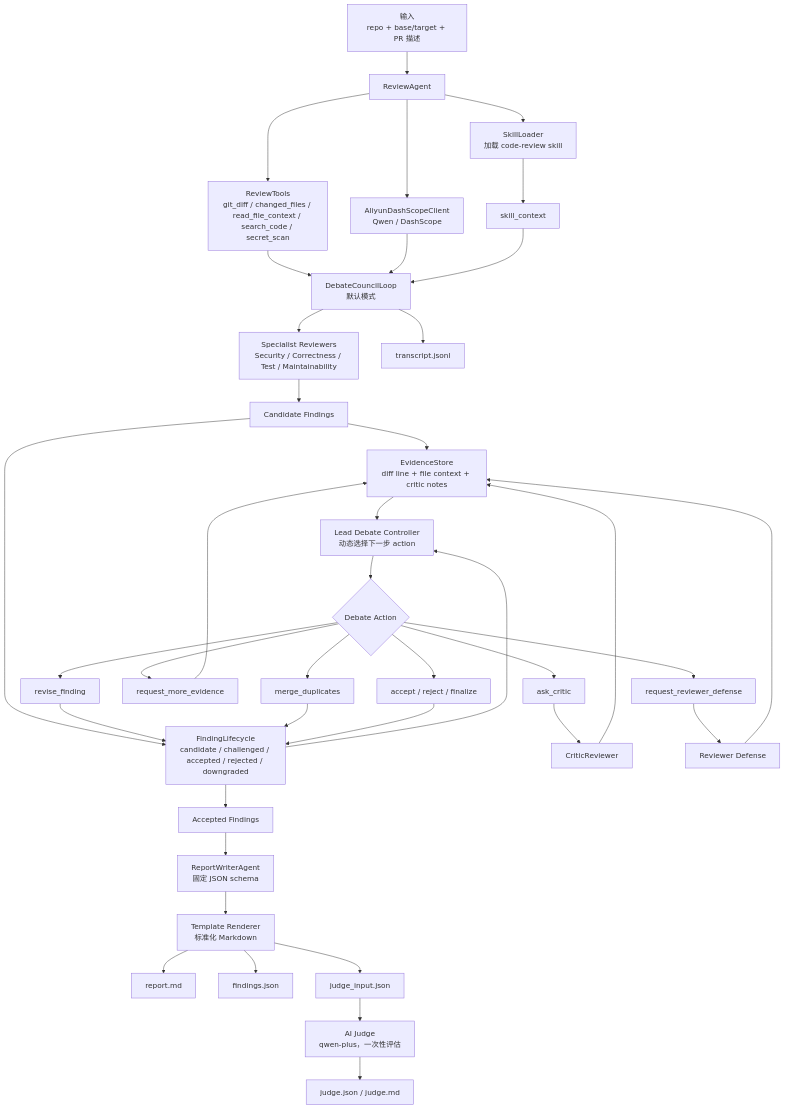
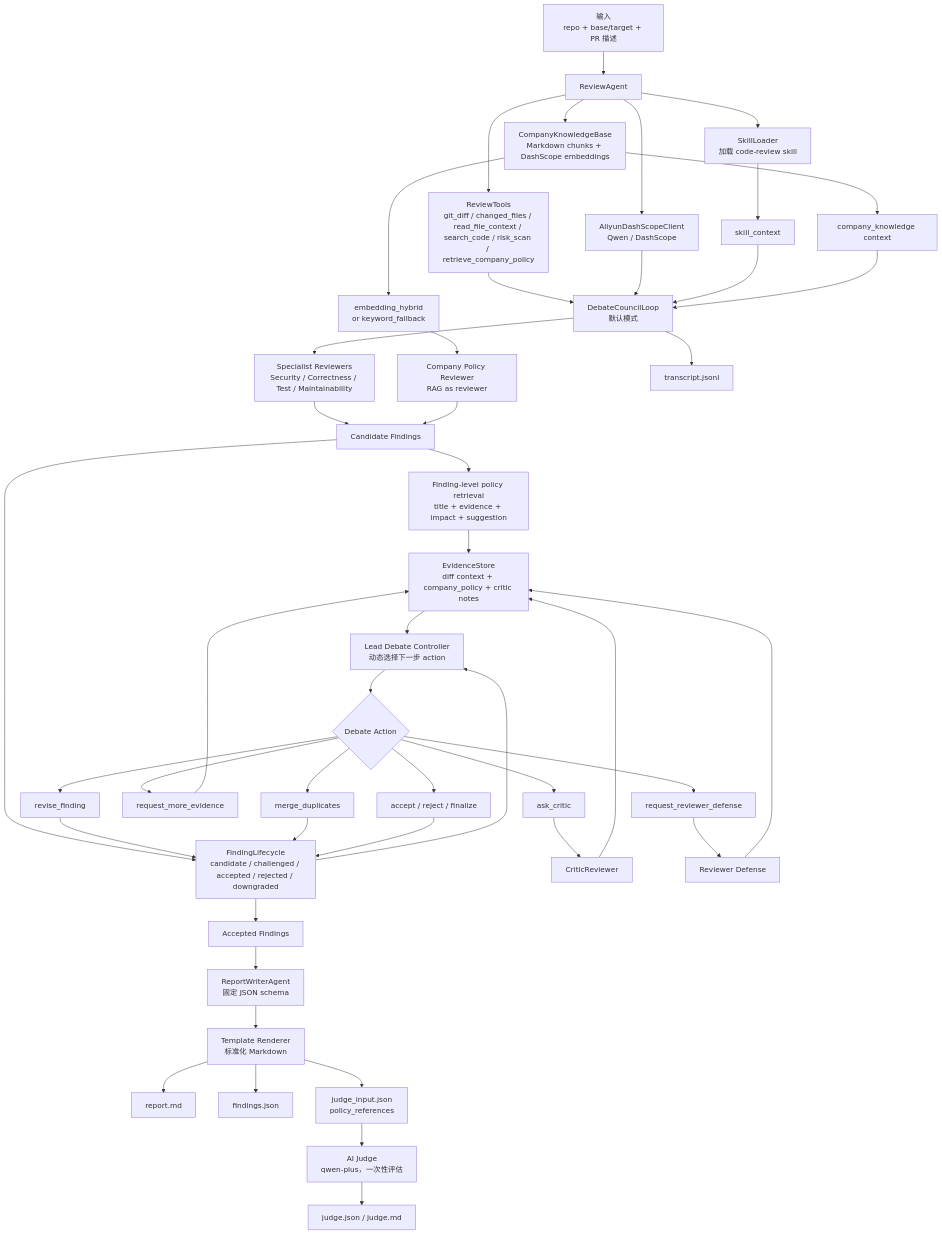
One commit to csy-csy123/pr-review-agent-council changed the second of 3 diagrams in README.md. Above: the diagram before and after it, drawn with Mermaid. The commit also changed other lines of this file and 13 other files, not shown here.

Commit message:
Add company knowledge RAG reviewer

````diff
--- a/README.md
+++ b/README.md
@@ -67,48 +74,55 @@
 ```mermaid
 flowchart TD
     A["输入<br/>repo + base/target + PR 描述"] --> B["ReviewAgent"]
     B --> C["SkillLoader<br/>加载 code-review skill"]
-    B --> D["ReviewTools<br/>git_diff / changed_files / read_file_context / search_code / secret_scan"]
+    B --> D["ReviewTools<br/>git_diff / changed_files / read_file_context / search_code / risk_scan / retrieve_company_policy"]
+    B --> D2["CompanyKnowledgeBase<br/>Markdown chunks + DashScope embeddings"]
     B --> E["AliyunDashScopeClient<br/>Qwen / DashScope"]
 
     C --> F["skill_context"]
+    D2 --> F2["company_knowledge context"]
+    D2 --> F3["embedding_hybrid<br/>or keyword_fallback"]
     D --> G["DebateCouncilLoop<br/>默认模式"]
     E --> G
     F --> G
+    F2 --> G
 
     G --> H["Specialist Reviewers<br/>Security / Correctness / Test / Maintainability"]
+    F3 --> H2["Company Policy Reviewer<br/>RAG as reviewer"]
     H --> I["Candidate Findings"]
-    I --> J["EvidenceStore<br/>diff line + file context + critic notes"]
+    H2 --> I
+    I --> I2["Finding-level policy retrieval<br/>title + evidence + impact + suggestion"]
+    I2 --> J["EvidenceStore<br/>diff context + company_policy + critic notes"]
     I --> K["FindingLifecycle<br/>candidate / challenged / accepted / rejected / downgraded"]
 
     K --> L["Lead Debate Controller<br/>动态选择下一步 action"]
     L --> M{"Debate Action"}
     M --> M1["ask_critic"]
     M --> M2["request_reviewer_defense"]
     M --> M3["request_more_evidence"]
     M --> M4["revise_finding"]
     M --> M5["merge_duplicates"]
     M --> M6["accept / reject / finalize"]
 
     M1 --> N["CriticReviewer"]
     M2 --> O["Reviewer Defense"]
     M3 --> J
     M4 --> K
     M5 --> K
     M6 --> K
     N --> J
     O --> J
     J --> L
 
     K --> P["Accepted Findings"]
     P --> Q["ReportWriterAgent<br/>固定 JSON schema"]
     Q --> R["Template Renderer<br/>标准化 Markdown"]
     R --> S["report.md"]
     R --> T["findings.json"]
-    R --> U["judge_input.json"]
+    R --> U["judge_input.json<br/>policy_references"]
 
     U --> V["AI Judge<br/>qwen-plus，一次性评估"]
     V --> W["judge.json / judge.md"]
 
     G --> X["transcript.jsonl"]
 ```
````
